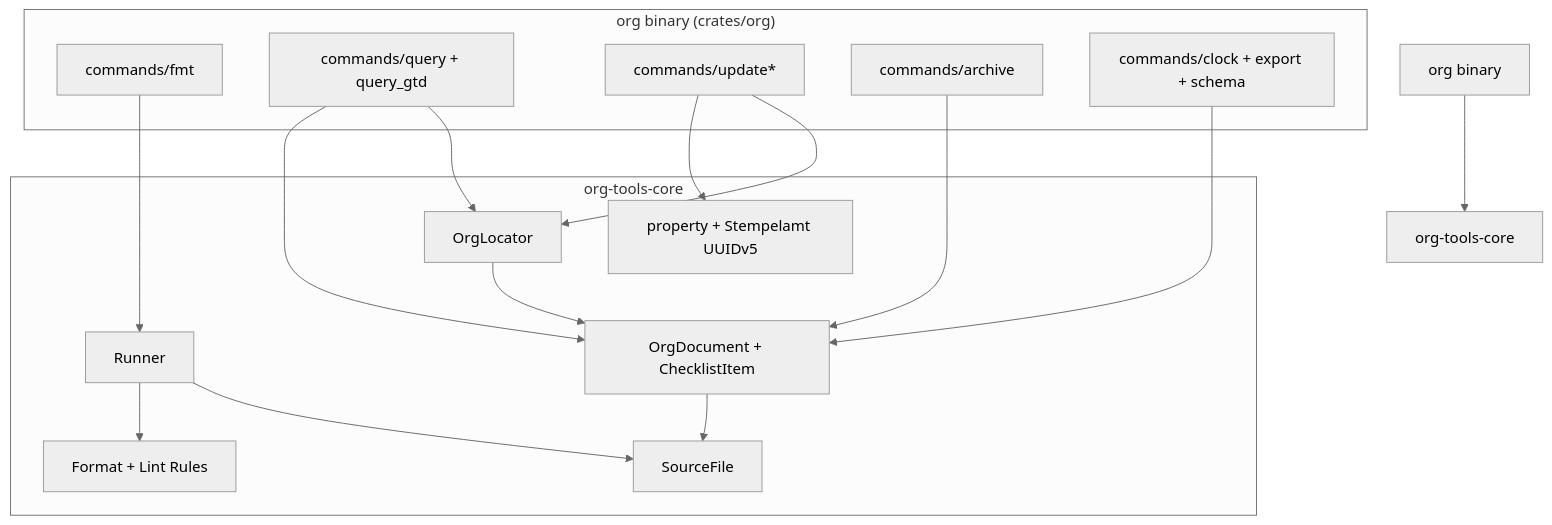
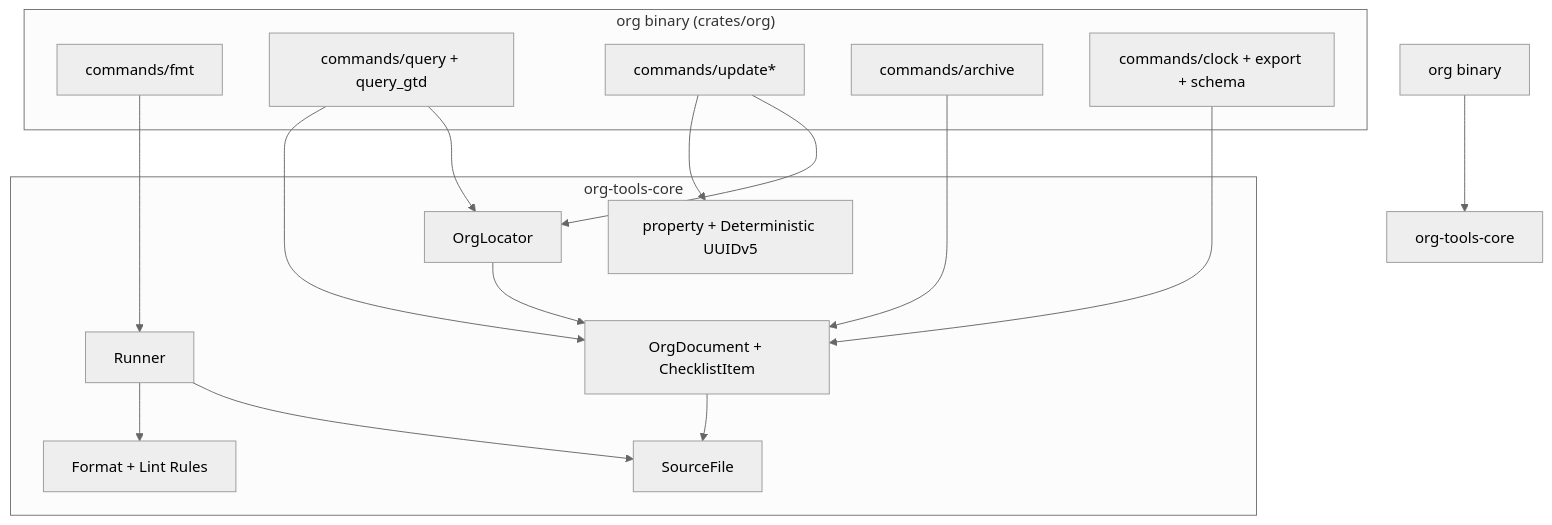
Before and after one commit to lino/org-tools: the second of 4 diagrams in docs/technical/architecture.org, drawn with Mermaid (neutral theme). The commit also changed other lines of this file and 50 other files, not shown here.

```diff
--- a/docs/technical/architecture.org
+++ b/docs/technical/architecture.org
@@ -132,30 +132,30 @@
 #+begin_src mermaid :file building-blocks-l1.png
 graph TD
     OrgBin["org binary"] --> Core["org-tools-core"]
     subgraph "org binary (crates/org)"
         FmtCmd["commands/fmt"]
         QueryCmd["commands/query + query_gtd"]
         UpdateCmd["commands/update*"]
         ArchiveCmd["commands/archive"]
         ClockExport["commands/clock + export + schema"]
     end
     subgraph "org-tools-core"
         Runner
         Document["OrgDocument + ChecklistItem"]
         Locator["OrgLocator"]
-        Property["property + Stempelamt UUIDv5"]
+        Property["property + Deterministic UUIDv5"]
         Rules["Format + Lint Rules"]
         Source["SourceFile"]
     end
     FmtCmd --> Runner
     QueryCmd --> Document
     QueryCmd --> Locator
     UpdateCmd --> Property
     UpdateCmd --> Locator
     ArchiveCmd --> Document
     ClockExport --> Document
     Runner --> Rules
     Runner --> Source
     Document --> Source
     Locator --> Document
 #+end_src
```
